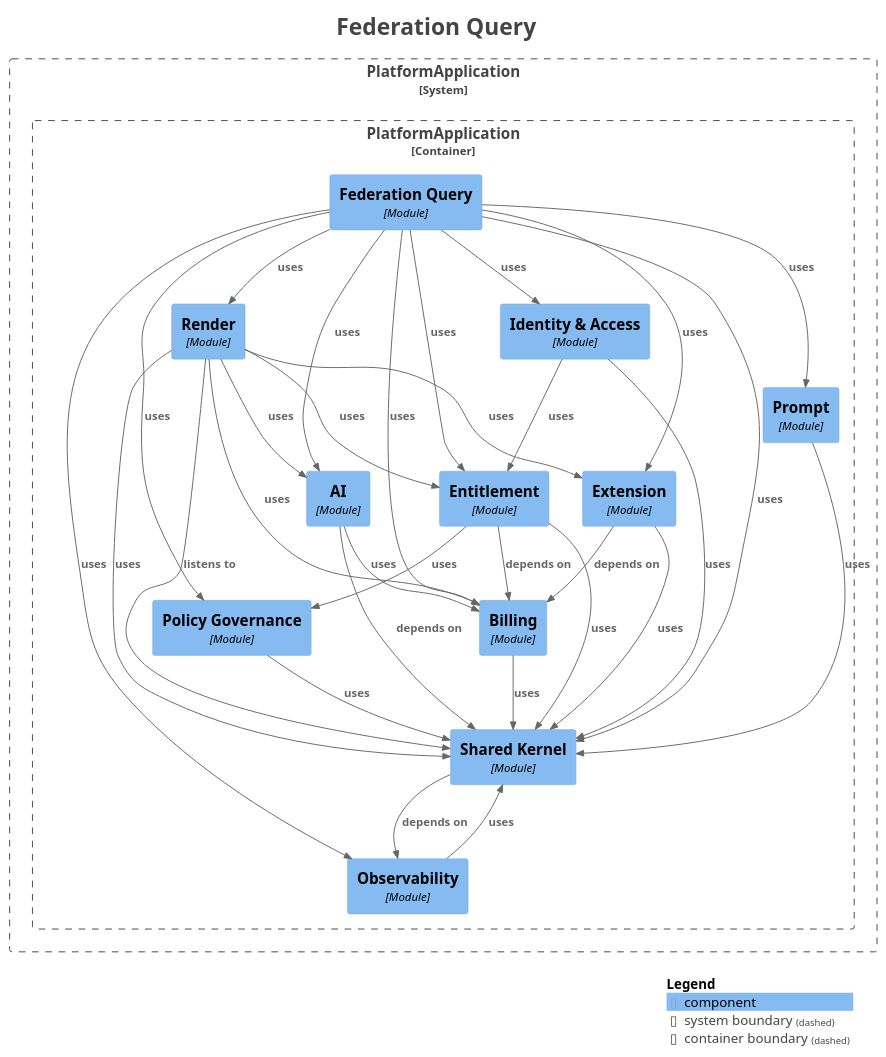
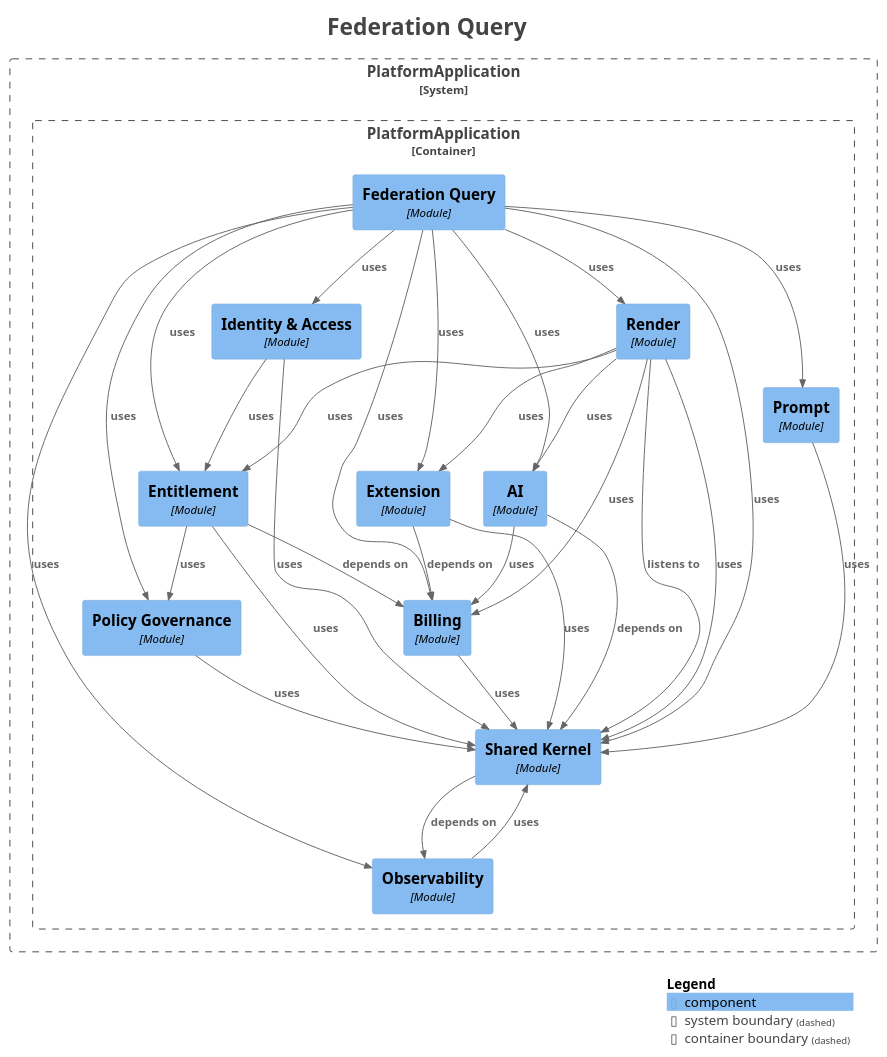
The diagram in platform-app/docs/architecture/maps/generated/modulith/module-federation.puml (shangxq007/media-platform), drawn with PlantUML before and after one commit. The commit also changed other lines of this file and 230 other files, not shown here.

```diff
--- a/platform-app/docs/architecture/maps/generated/modulith/module-federation.puml
+++ b/platform-app/docs/architecture/maps/generated/modulith/module-federation.puml
@@ -1,68 +1,68 @@
 @startuml
 title <size:24>Federation Query</size>
 
 set separator none
 top to bottom direction
 
 <style>
   root {
     BackgroundColor: #ffffff
     FontColor: #444444
   }
 </style>
 
 !include <C4/C4>
 !include <C4/C4_Context>
 !include <C4/C4_Component>
 
 System_Boundary("PlatformApplication_boundary", "PlatformApplication", $tags="") {
   Container_Boundary("PlatformApplication.PlatformApplication_boundary", "PlatformApplication", $tags="") {
     Component(PlatformApplication.PlatformApplication.Entitlement, "Entitlement", $techn="Module", $descr="", $tags="", $link="")
     Component(PlatformApplication.PlatformApplication.Extension, "Extension", $techn="Module", $descr="", $tags="", $link="")
     Component(PlatformApplication.PlatformApplication.FederationQuery, "Federation Query", $techn="Module", $descr="", $tags="", $link="")
     Component(PlatformApplication.PlatformApplication.IdentityAccess, "Identity & Access", $techn="Module", $descr="", $tags="", $link="")
     Component(PlatformApplication.PlatformApplication.Observability, "Observability", $techn="Module", $descr="", $tags="", $link="")
+    Component(PlatformApplication.PlatformApplication.AI, "AI", $techn="Module", $descr="", $tags="", $link="")
     Component(PlatformApplication.PlatformApplication.PolicyGovernance, "Policy Governance", $techn="Module", $descr="", $tags="", $link="")
-    Component(PlatformApplication.PlatformApplication.AI, "AI", $techn="Module", $descr="", $tags="", $link="")
     Component(PlatformApplication.PlatformApplication.Prompt, "Prompt", $techn="Module", $descr="", $tags="", $link="")
     Component(PlatformApplication.PlatformApplication.Render, "Render", $techn="Module", $descr="", $tags="", $link="")
     Component(PlatformApplication.PlatformApplication.SharedKernel, "Shared Kernel", $techn="Module", $descr="", $tags="", $link="")
     Component(PlatformApplication.PlatformApplication.Billing, "Billing", $techn="Module", $descr="", $tags="", $link="")
   }
 
 }
 
-Rel(PlatformApplication.PlatformApplication.Billing, PlatformApplication.PlatformApplication.SharedKernel, "uses", $techn="", $tags="", $link="")
-Rel(PlatformApplication.PlatformApplication.Render, PlatformApplication.PlatformApplication.SharedKernel, "listens to", $techn="", $tags="", $link="")
-Rel(PlatformApplication.PlatformApplication.Render, PlatformApplication.PlatformApplication.AI, "uses", $techn="", $tags="", $link="")
-Rel(PlatformApplication.PlatformApplication.Render, PlatformApplication.PlatformApplication.Entitlement, "uses", $techn="", $tags="", $link="")
-Rel(PlatformApplication.PlatformApplication.Render, PlatformApplication.PlatformApplication.Billing, "uses", $techn="", $tags="", $link="")
-Rel(PlatformApplication.PlatformApplication.Render, PlatformApplication.PlatformApplication.Extension, "uses", $techn="", $tags="", $link="")
-Rel(PlatformApplication.PlatformApplication.Render, PlatformApplication.PlatformApplication.SharedKernel, "uses", $techn="", $tags="", $link="")
+Rel(PlatformApplication.PlatformApplication.Entitlement, PlatformApplication.PlatformApplication.Billing, "depends on", $techn="", $tags="", $link="")
+Rel(PlatformApplication.PlatformApplication.Entitlement, PlatformApplication.PlatformApplication.PolicyGovernance, "uses", $techn="", $tags="", $link="")
+Rel(PlatformApplication.PlatformApplication.Entitlement, PlatformApplication.PlatformApplication.SharedKernel, "uses", $techn="", $tags="", $link="")
 Rel(PlatformApplication.PlatformApplication.Prompt, PlatformApplication.PlatformApplication.SharedKernel, "uses", $techn="", $tags="", $link="")
+Rel(PlatformApplication.PlatformApplication.SharedKernel, PlatformApplication.PlatformApplication.Observability, "depends on", $techn="", $tags="", $link="")
+Rel(PlatformApplication.PlatformApplication.Extension, PlatformApplication.PlatformApplication.Billing, "depends on", $techn="", $tags="", $link="")
+Rel(PlatformApplication.PlatformApplication.Extension, PlatformApplication.PlatformApplication.SharedKernel, "uses", $techn="", $tags="", $link="")
+Rel(PlatformApplication.PlatformApplication.PolicyGovernance, PlatformApplication.PlatformApplication.SharedKernel, "uses", $techn="", $tags="", $link="")
 Rel(PlatformApplication.PlatformApplication.FederationQuery, PlatformApplication.PlatformApplication.SharedKernel, "uses", $techn="", $tags="", $link="")
 Rel(PlatformApplication.PlatformApplication.FederationQuery, PlatformApplication.PlatformApplication.Observability, "uses", $techn="", $tags="", $link="")
 Rel(PlatformApplication.PlatformApplication.FederationQuery, PlatformApplication.PlatformApplication.Billing, "uses", $techn="", $tags="", $link="")
 Rel(PlatformApplication.PlatformApplication.FederationQuery, PlatformApplication.PlatformApplication.Entitlement, "uses", $techn="", $tags="", $link="")
 Rel(PlatformApplication.PlatformApplication.FederationQuery, PlatformApplication.PlatformApplication.Prompt, "uses", $techn="", $tags="", $link="")
 Rel(PlatformApplication.PlatformApplication.FederationQuery, PlatformApplication.PlatformApplication.Render, "uses", $techn="", $tags="", $link="")
 Rel(PlatformApplication.PlatformApplication.FederationQuery, PlatformApplication.PlatformApplication.IdentityAccess, "uses", $techn="", $tags="", $link="")
 Rel(PlatformApplication.PlatformApplication.FederationQuery, PlatformApplication.PlatformApplication.Extension, "uses", $techn="", $tags="", $link="")
 Rel(PlatformApplication.PlatformApplication.FederationQuery, PlatformApplication.PlatformApplication.PolicyGovernance, "uses", $techn="", $tags="", $link="")
 Rel(PlatformApplication.PlatformApplication.FederationQuery, PlatformApplication.PlatformApplication.AI, "uses", $techn="", $tags="", $link="")
-Rel(PlatformApplication.PlatformApplication.PolicyGovernance, PlatformApplication.PlatformApplication.SharedKernel, "uses", $techn="", $tags="", $link="")
+Rel(PlatformApplication.PlatformApplication.IdentityAccess, PlatformApplication.PlatformApplication.SharedKernel, "uses", $techn="", $tags="", $link="")
+Rel(PlatformApplication.PlatformApplication.IdentityAccess, PlatformApplication.PlatformApplication.Entitlement, "uses", $techn="", $tags="", $link="")
 Rel(PlatformApplication.PlatformApplication.Observability, PlatformApplication.PlatformApplication.SharedKernel, "uses", $techn="", $tags="", $link="")
+Rel(PlatformApplication.PlatformApplication.Render, PlatformApplication.PlatformApplication.SharedKernel, "listens to", $techn="", $tags="", $link="")
+Rel(PlatformApplication.PlatformApplication.Render, PlatformApplication.PlatformApplication.AI, "uses", $techn="", $tags="", $link="")
+Rel(PlatformApplication.PlatformApplication.Render, PlatformApplication.PlatformApplication.Entitlement, "uses", $techn="", $tags="", $link="")
+Rel(PlatformApplication.PlatformApplication.Render, PlatformApplication.PlatformApplication.Billing, "uses", $techn="", $tags="", $link="")
+Rel(PlatformApplication.PlatformApplication.Render, PlatformApplication.PlatformApplication.Extension, "uses", $techn="", $tags="", $link="")
+Rel(PlatformApplication.PlatformApplication.Render, PlatformApplication.PlatformApplication.SharedKernel, "uses", $techn="", $tags="", $link="")
 Rel(PlatformApplication.PlatformApplication.AI, PlatformApplication.PlatformApplication.SharedKernel, "depends on", $techn="", $tags="", $link="")
 Rel(PlatformApplication.PlatformApplication.AI, PlatformApplication.PlatformApplication.Billing, "uses", $techn="", $tags="", $link="")
-Rel(PlatformApplication.PlatformApplication.SharedKernel, PlatformApplication.PlatformApplication.Observability, "depends on", $techn="", $tags="", $link="")
-Rel(PlatformApplication.PlatformApplication.IdentityAccess, PlatformApplication.PlatformApplication.SharedKernel, "uses", $techn="", $tags="", $link="")
-Rel(PlatformApplication.PlatformApplication.IdentityAccess, PlatformApplication.PlatformApplication.Entitlement, "uses", $techn="", $tags="", $link="")
-Rel(PlatformApplication.PlatformApplication.Entitlement, PlatformApplication.PlatformApplication.Billing, "depends on", $techn="", $tags="", $link="")
-Rel(PlatformApplication.PlatformApplication.Entitlement, PlatformApplication.PlatformApplication.PolicyGovernance, "uses", $techn="", $tags="", $link="")
-Rel(PlatformApplication.PlatformApplication.Entitlement, PlatformApplication.PlatformApplication.SharedKernel, "uses", $techn="", $tags="", $link="")
-Rel(PlatformApplication.PlatformApplication.Extension, PlatformApplication.PlatformApplication.Billing, "depends on", $techn="", $tags="", $link="")
-Rel(PlatformApplication.PlatformApplication.Extension, PlatformApplication.PlatformApplication.SharedKernel, "uses", $techn="", $tags="", $link="")
+Rel(PlatformApplication.PlatformApplication.Billing, PlatformApplication.PlatformApplication.SharedKernel, "uses", $techn="", $tags="", $link="")
 
 SHOW_LEGEND(true)
 hide stereotypes
 @enduml
```
